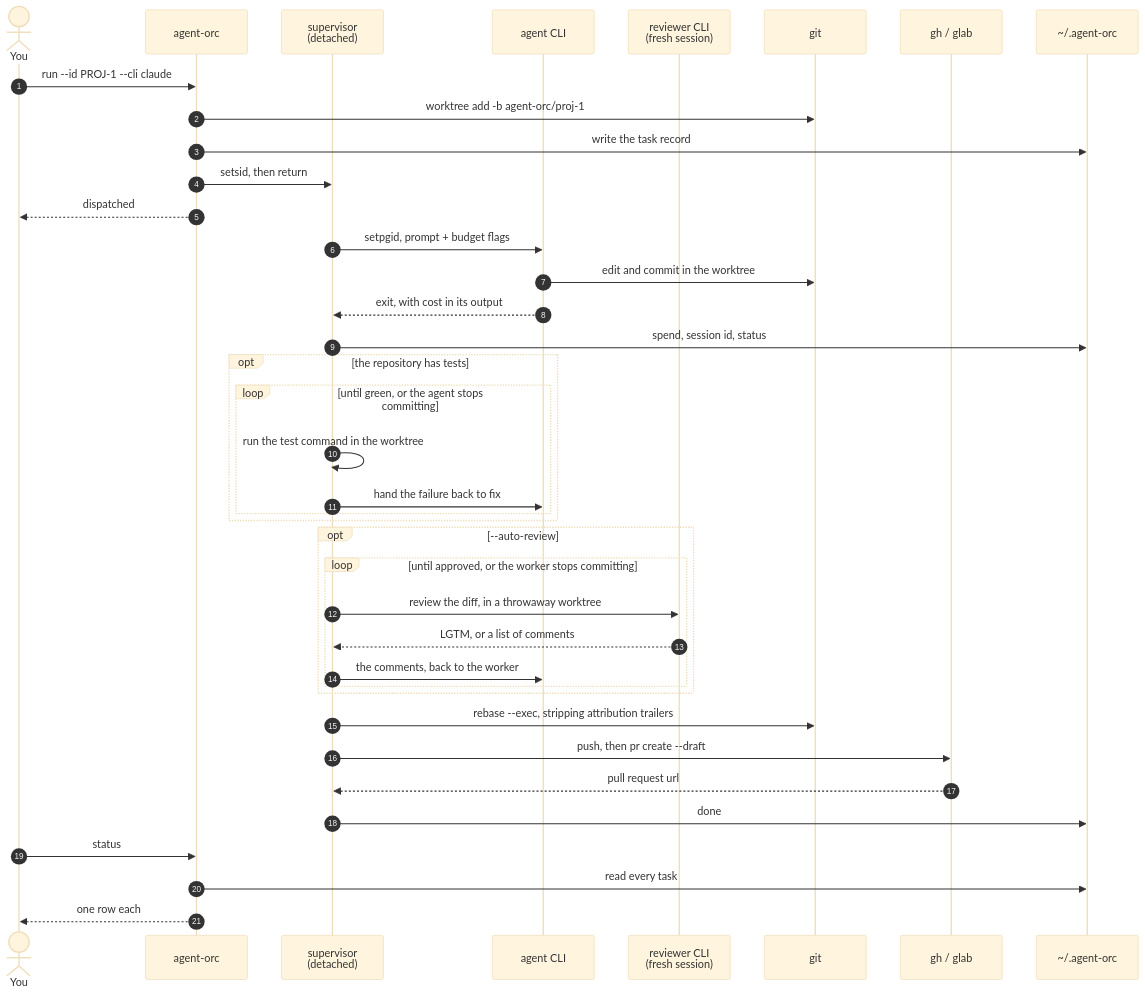
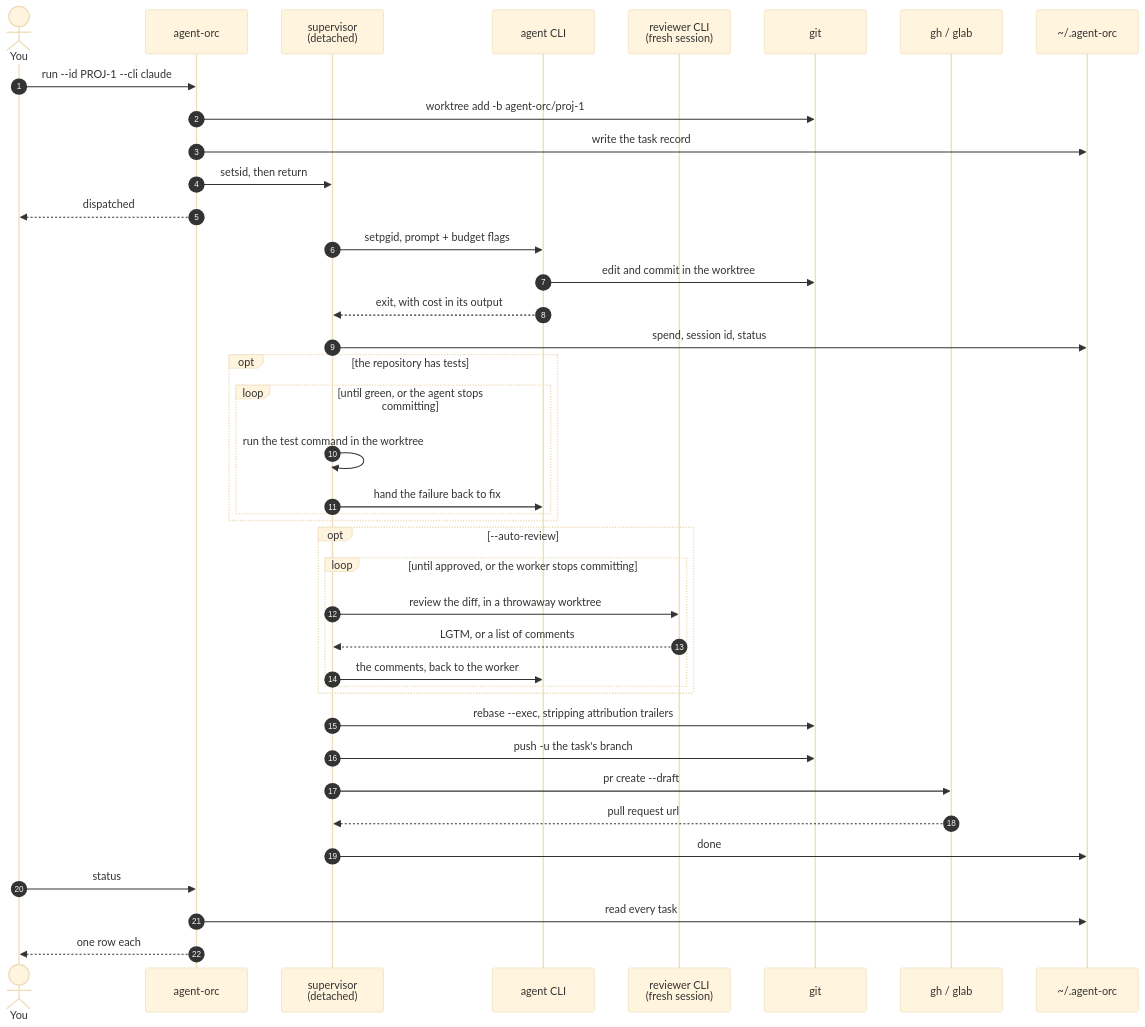
Before and after one commit to MaryannGitonga/agent-orc: the second of 2 diagrams in README.md, drawn with Mermaid (base theme).

Commit message:
docs: credit the push to git, not to the forge cli

````diff
--- a/README.md
+++ b/README.md
@@ -50,45 +50,46 @@
 ```mermaid
 sequenceDiagram
     autonumber
     actor You
     participant CLI as agent-orc
     participant Sup as supervisor<br/>(detached)
     participant Agent as agent CLI
     participant Rev as reviewer CLI<br/>(fresh session)
     participant Git as git
     participant Forge as gh / glab
     participant State as ~/.agent-orc
 
     You->>CLI: run --id PROJ-1 --cli claude
     CLI->>Git: worktree add -b agent-orc/proj-1
     CLI->>State: write the task record
     CLI->>Sup: setsid, then return
     CLI-->>You: dispatched
 
     Sup->>Agent: setpgid, prompt + budget flags
     Agent->>Git: edit and commit in the worktree
     Agent-->>Sup: exit, with cost in its output
     Sup->>State: spend, session id, status
 
     opt the repository has tests
         loop until green, or the agent stops committing
             Sup->>Sup: run the test command in the worktree
             Sup->>Agent: hand the failure back to fix
         end
     end
     opt --auto-review
         loop until approved, or the worker stops committing
             Sup->>Rev: review the diff, in a throwaway worktree
             Rev-->>Sup: LGTM, or a list of comments
             Sup->>Agent: the comments, back to the worker
         end
     end
 
     Sup->>Git: rebase --exec, stripping attribution trailers
-    Sup->>Forge: push, then pr create --draft
+    Sup->>Git: push -u the task's branch
+    Sup->>Forge: pr create --draft
     Forge-->>Sup: pull request url
     Sup->>State: done
     You->>CLI: status
     CLI->>State: read every task
     CLI-->>You: one row each
 ```
````
